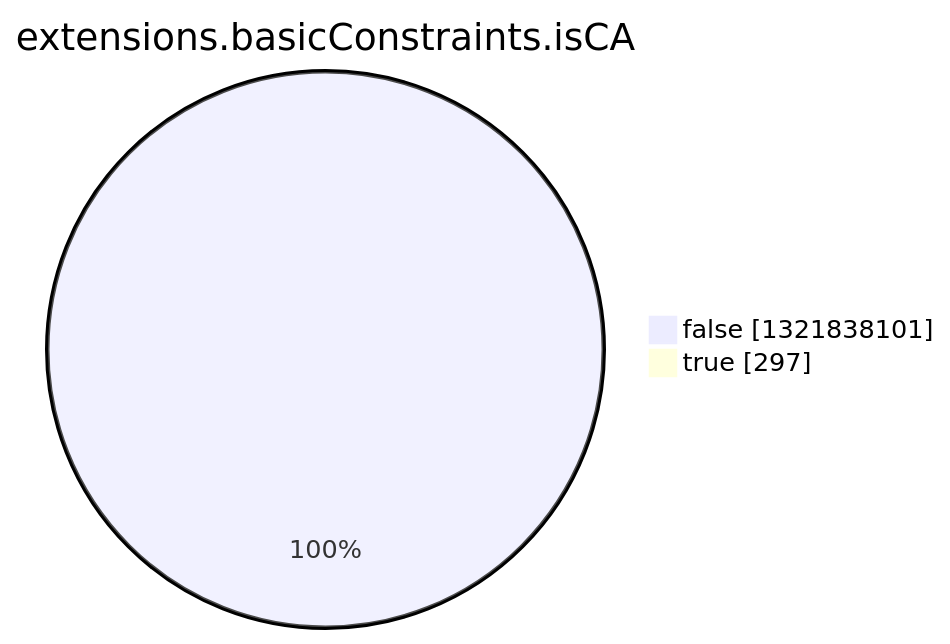
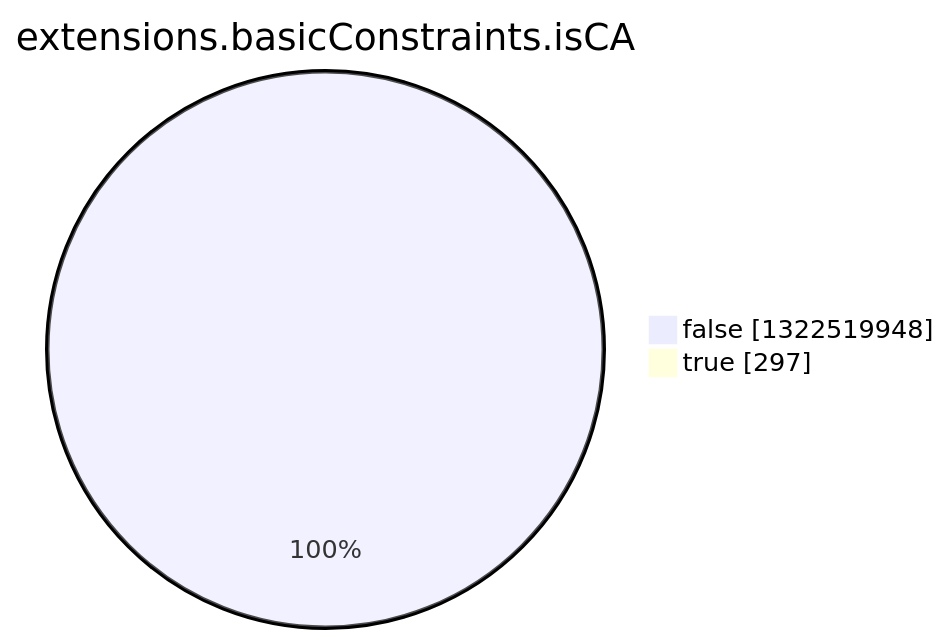
One commit to christiankrug/ctmonitor_visualization changed the eighth of 15 diagrams in argon2022/README.md. Above: the diagram before and after it, drawn with Mermaid. The commit also changed other lines of this file, not shown here.

````diff
--- a/argon2022/README.md
+++ b/argon2022/README.md
@@ -2758,6 +2758,6 @@
 ```mermaid
 pie showData
 title extensions.basicConstraints.isCA
-"false" :1321838101
+"false" :1322519948
 "true" :297
 ```
````
